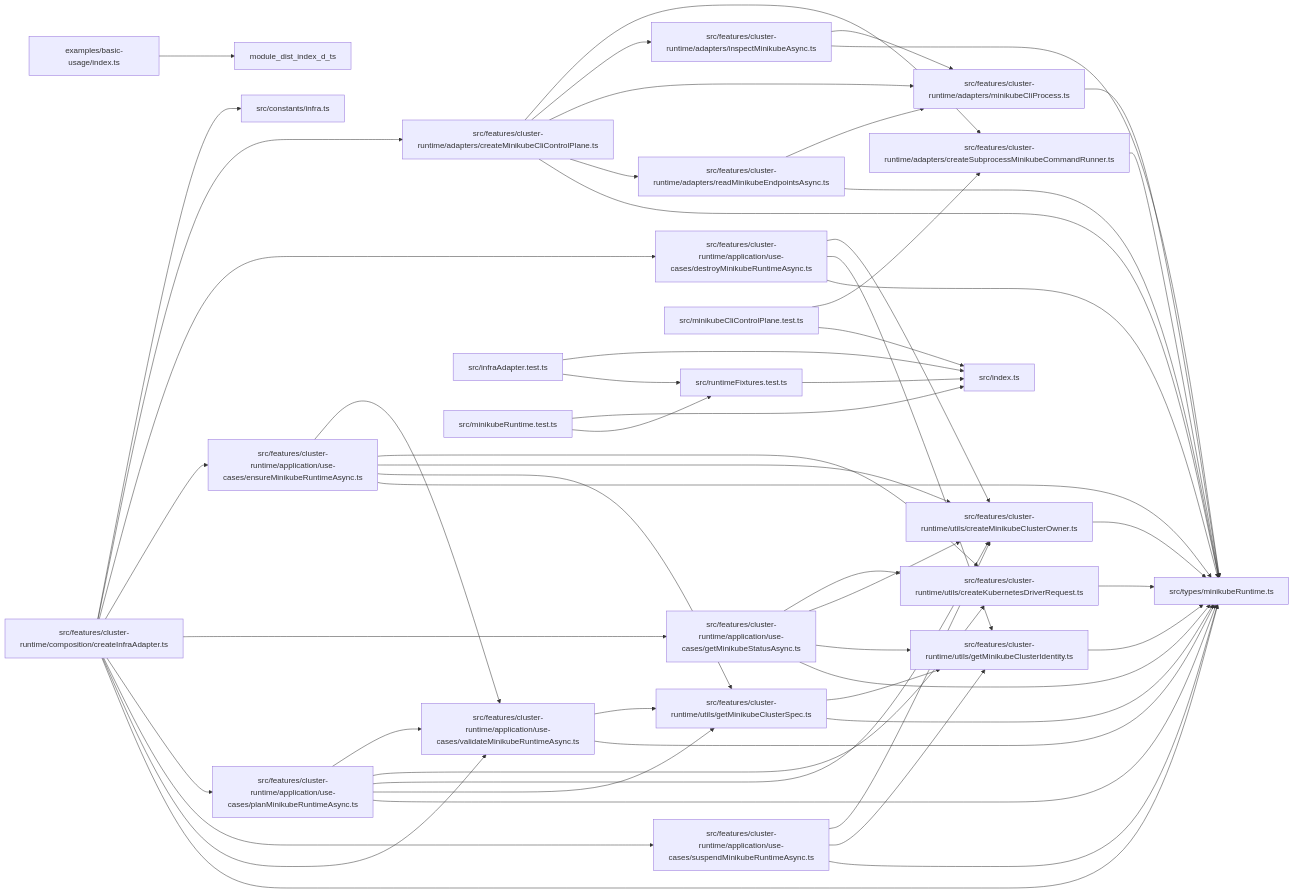
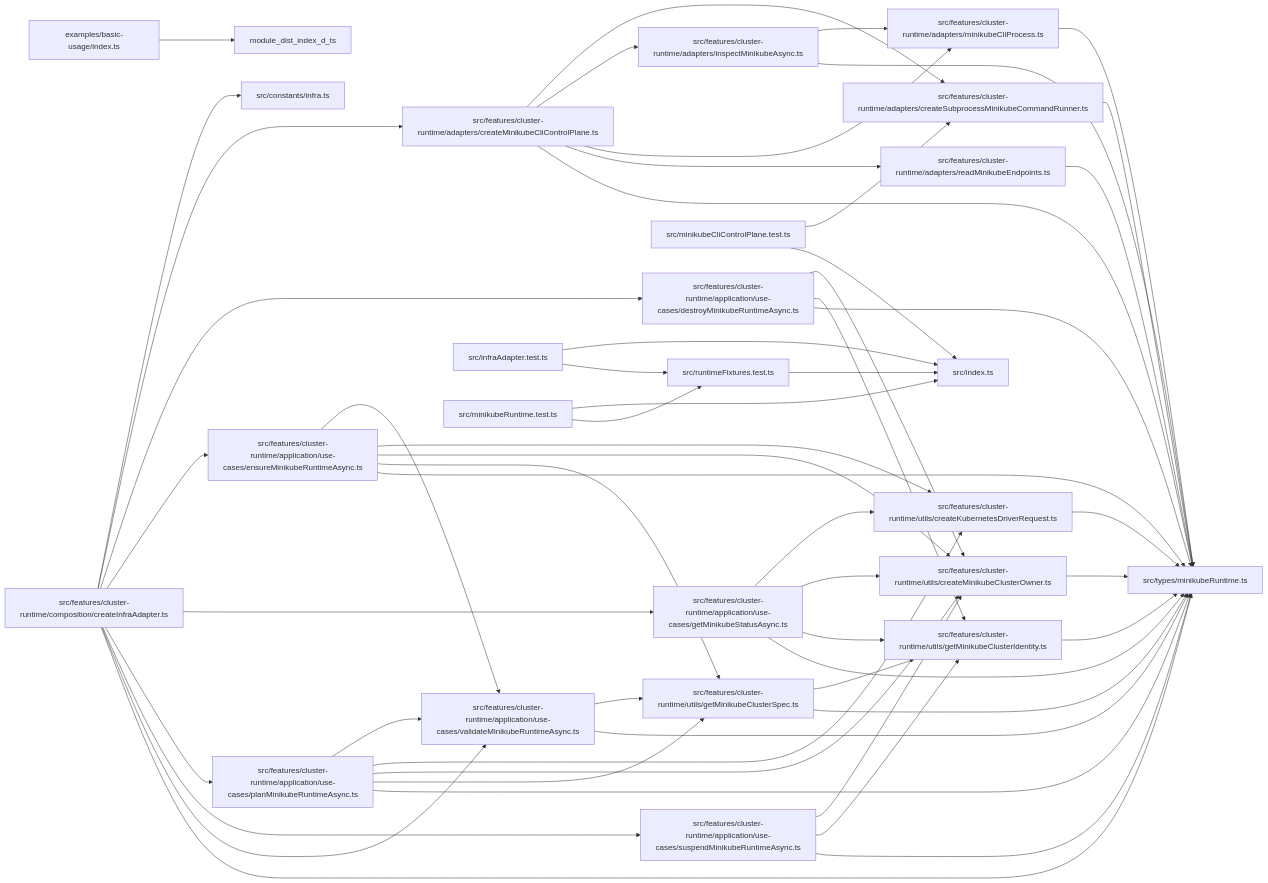
Before and after one commit to ankhorage/minikube: the diagram in paradox/diagrams/module-relationships.mmd, drawn with Mermaid. The commit also changed 20 other files, not shown here.

```diff
--- a/paradox/diagrams/module-relationships.mmd
+++ b/paradox/diagrams/module-relationships.mmd
@@ -1,80 +1,79 @@
 graph LR
   module_examples_basic_usage_index_ts["examples/basic-usage/index.ts"]
   module_src_constants_infra_ts["src/constants/infra.ts"]
   module_src_features_cluster_runtime_adapters_createMinikubeCliControlPlane_ts["src/features/cluster-runtime/adapters/createMinikubeCliControlPlane.ts"]
   module_src_features_cluster_runtime_adapters_createSubprocessMinikubeCommandRunner_ts["src/features/cluster-runtime/adapters/createSubprocessMinikubeCommandRunner.ts"]
   module_src_features_cluster_runtime_adapters_inspectMinikubeAsync_ts["src/features/cluster-runtime/adapters/inspectMinikubeAsync.ts"]
   module_src_features_cluster_runtime_adapters_minikubeCliProcess_ts["src/features/cluster-runtime/adapters/minikubeCliProcess.ts"]
-  module_src_features_cluster_runtime_adapters_readMinikubeEndpointsAsync_ts["src/features/cluster-runtime/adapters/readMinikubeEndpointsAsync.ts"]
+  module_src_features_cluster_runtime_adapters_readMinikubeEndpoints_ts["src/features/cluster-runtime/adapters/readMinikubeEndpoints.ts"]
   module_src_features_cluster_runtime_application_use_cases_destroyMinikubeRuntimeAsync_ts["src/features/cluster-runtime/application/use-cases/destroyMinikubeRuntimeAsync.ts"]
   module_src_features_cluster_runtime_application_use_cases_ensureMinikubeRuntimeAsync_ts["src/features/cluster-runtime/application/use-cases/ensureMinikubeRuntimeAsync.ts"]
   module_src_features_cluster_runtime_application_use_cases_getMinikubeStatusAsync_ts["src/features/cluster-runtime/application/use-cases/getMinikubeStatusAsync.ts"]
   module_src_features_cluster_runtime_application_use_cases_planMinikubeRuntimeAsync_ts["src/features/cluster-runtime/application/use-cases/planMinikubeRuntimeAsync.ts"]
   module_src_features_cluster_runtime_application_use_cases_suspendMinikubeRuntimeAsync_ts["src/features/cluster-runtime/application/use-cases/suspendMinikubeRuntimeAsync.ts"]
   module_src_features_cluster_runtime_application_use_cases_validateMinikubeRuntimeAsync_ts["src/features/cluster-runtime/application/use-cases/validateMinikubeRuntimeAsync.ts"]
   module_src_features_cluster_runtime_composition_createInfraAdapter_ts["src/features/cluster-runtime/composition/createInfraAdapter.ts"]
   module_src_features_cluster_runtime_utils_createKubernetesDriverRequest_ts["src/features/cluster-runtime/utils/createKubernetesDriverRequest.ts"]
   module_src_features_cluster_runtime_utils_createMinikubeClusterOwner_ts["src/features/cluster-runtime/utils/createMinikubeClusterOwner.ts"]
   module_src_features_cluster_runtime_utils_getMinikubeClusterIdentity_ts["src/features/cluster-runtime/utils/getMinikubeClusterIdentity.ts"]
   module_src_features_cluster_runtime_utils_getMinikubeClusterSpec_ts["src/features/cluster-runtime/utils/getMinikubeClusterSpec.ts"]
   module_src_index_ts["src/index.ts"]
   module_src_infraAdapter_test_ts["src/infraAdapter.test.ts"]
   module_src_minikubeCliControlPlane_test_ts["src/minikubeCliControlPlane.test.ts"]
   module_src_minikubeRuntime_test_ts["src/minikubeRuntime.test.ts"]
   module_src_runtimeFixtures_test_ts["src/runtimeFixtures.test.ts"]
   module_src_types_minikubeRuntime_ts["src/types/minikubeRuntime.ts"]
   module_examples_basic_usage_index_ts --> module_dist_index_d_ts
   module_src_features_cluster_runtime_adapters_createMinikubeCliControlPlane_ts --> module_src_features_cluster_runtime_adapters_createSubprocessMinikubeCommandRunner_ts
   module_src_features_cluster_runtime_adapters_createMinikubeCliControlPlane_ts --> module_src_features_cluster_runtime_adapters_inspectMinikubeAsync_ts
   module_src_features_cluster_runtime_adapters_createMinikubeCliControlPlane_ts --> module_src_features_cluster_runtime_adapters_minikubeCliProcess_ts
-  module_src_features_cluster_runtime_adapters_createMinikubeCliControlPlane_ts --> module_src_features_cluster_runtime_adapters_readMinikubeEndpointsAsync_ts
+  module_src_features_cluster_runtime_adapters_createMinikubeCliControlPlane_ts --> module_src_features_cluster_runtime_adapters_readMinikubeEndpoints_ts
   module_src_features_cluster_runtime_adapters_createMinikubeCliControlPlane_ts --> module_src_types_minikubeRuntime_ts
   module_src_features_cluster_runtime_adapters_createSubprocessMinikubeCommandRunner_ts --> module_src_types_minikubeRuntime_ts
   module_src_features_cluster_runtime_adapters_inspectMinikubeAsync_ts --> module_src_features_cluster_runtime_adapters_minikubeCliProcess_ts
   module_src_features_cluster_runtime_adapters_inspectMinikubeAsync_ts --> module_src_types_minikubeRuntime_ts
   module_src_features_cluster_runtime_adapters_minikubeCliProcess_ts --> module_src_types_minikubeRuntime_ts
-  module_src_features_cluster_runtime_adapters_readMinikubeEndpointsAsync_ts --> module_src_features_cluster_runtime_adapters_minikubeCliProcess_ts
-  module_src_features_cluster_runtime_adapters_readMinikubeEndpointsAsync_ts --> module_src_types_minikubeRuntime_ts
+  module_src_features_cluster_runtime_adapters_readMinikubeEndpoints_ts --> module_src_types_minikubeRuntime_ts
   module_src_features_cluster_runtime_application_use_cases_destroyMinikubeRuntimeAsync_ts --> module_src_features_cluster_runtime_utils_createMinikubeClusterOwner_ts
   module_src_features_cluster_runtime_application_use_cases_destroyMinikubeRuntimeAsync_ts --> module_src_features_cluster_runtime_utils_getMinikubeClusterIdentity_ts
   module_src_features_cluster_runtime_application_use_cases_destroyMinikubeRuntimeAsync_ts --> module_src_types_minikubeRuntime_ts
   module_src_features_cluster_runtime_application_use_cases_ensureMinikubeRuntimeAsync_ts --> module_src_features_cluster_runtime_application_use_cases_validateMinikubeRuntimeAsync_ts
   module_src_features_cluster_runtime_application_use_cases_ensureMinikubeRuntimeAsync_ts --> module_src_features_cluster_runtime_utils_createKubernetesDriverRequest_ts
   module_src_features_cluster_runtime_application_use_cases_ensureMinikubeRuntimeAsync_ts --> module_src_features_cluster_runtime_utils_createMinikubeClusterOwner_ts
   module_src_features_cluster_runtime_application_use_cases_ensureMinikubeRuntimeAsync_ts --> module_src_features_cluster_runtime_utils_getMinikubeClusterSpec_ts
   module_src_features_cluster_runtime_application_use_cases_ensureMinikubeRuntimeAsync_ts --> module_src_types_minikubeRuntime_ts
   module_src_features_cluster_runtime_application_use_cases_getMinikubeStatusAsync_ts --> module_src_features_cluster_runtime_utils_createKubernetesDriverRequest_ts
   module_src_features_cluster_runtime_application_use_cases_getMinikubeStatusAsync_ts --> module_src_features_cluster_runtime_utils_createMinikubeClusterOwner_ts
   module_src_features_cluster_runtime_application_use_cases_getMinikubeStatusAsync_ts --> module_src_features_cluster_runtime_utils_getMinikubeClusterIdentity_ts
   module_src_features_cluster_runtime_application_use_cases_getMinikubeStatusAsync_ts --> module_src_types_minikubeRuntime_ts
   module_src_features_cluster_runtime_application_use_cases_planMinikubeRuntimeAsync_ts --> module_src_features_cluster_runtime_application_use_cases_validateMinikubeRuntimeAsync_ts
   module_src_features_cluster_runtime_application_use_cases_planMinikubeRuntimeAsync_ts --> module_src_features_cluster_runtime_utils_createKubernetesDriverRequest_ts
   module_src_features_cluster_runtime_application_use_cases_planMinikubeRuntimeAsync_ts --> module_src_features_cluster_runtime_utils_createMinikubeClusterOwner_ts
   module_src_features_cluster_runtime_application_use_cases_planMinikubeRuntimeAsync_ts --> module_src_features_cluster_runtime_utils_getMinikubeClusterSpec_ts
   module_src_features_cluster_runtime_application_use_cases_planMinikubeRuntimeAsync_ts --> module_src_types_minikubeRuntime_ts
   module_src_features_cluster_runtime_application_use_cases_suspendMinikubeRuntimeAsync_ts --> module_src_features_cluster_runtime_utils_createMinikubeClusterOwner_ts
   module_src_features_cluster_runtime_application_use_cases_suspendMinikubeRuntimeAsync_ts --> module_src_features_cluster_runtime_utils_getMinikubeClusterIdentity_ts
   module_src_features_cluster_runtime_application_use_cases_suspendMinikubeRuntimeAsync_ts --> module_src_types_minikubeRuntime_ts
   module_src_features_cluster_runtime_application_use_cases_validateMinikubeRuntimeAsync_ts --> module_src_features_cluster_runtime_utils_getMinikubeClusterSpec_ts
   module_src_features_cluster_runtime_application_use_cases_validateMinikubeRuntimeAsync_ts --> module_src_types_minikubeRuntime_ts
   module_src_features_cluster_runtime_composition_createInfraAdapter_ts --> module_src_constants_infra_ts
   module_src_features_cluster_runtime_composition_createInfraAdapter_ts --> module_src_features_cluster_runtime_adapters_createMinikubeCliControlPlane_ts
   module_src_features_cluster_runtime_composition_createInfraAdapter_ts --> module_src_features_cluster_runtime_application_use_cases_destroyMinikubeRuntimeAsync_ts
   module_src_features_cluster_runtime_composition_createInfraAdapter_ts --> module_src_features_cluster_runtime_application_use_cases_ensureMinikubeRuntimeAsync_ts
   module_src_features_cluster_runtime_composition_createInfraAdapter_ts --> module_src_features_cluster_runtime_application_use_cases_getMinikubeStatusAsync_ts
   module_src_features_cluster_runtime_composition_createInfraAdapter_ts --> module_src_features_cluster_runtime_application_use_cases_planMinikubeRuntimeAsync_ts
   module_src_features_cluster_runtime_composition_createInfraAdapter_ts --> module_src_features_cluster_runtime_application_use_cases_suspendMinikubeRuntimeAsync_ts
   module_src_features_cluster_runtime_composition_createInfraAdapter_ts --> module_src_features_cluster_runtime_application_use_cases_validateMinikubeRuntimeAsync_ts
   module_src_features_cluster_runtime_composition_createInfraAdapter_ts --> module_src_types_minikubeRuntime_ts
   module_src_features_cluster_runtime_utils_createKubernetesDriverRequest_ts --> module_src_types_minikubeRuntime_ts
   module_src_features_cluster_runtime_utils_createMinikubeClusterOwner_ts --> module_src_types_minikubeRuntime_ts
   module_src_features_cluster_runtime_utils_getMinikubeClusterIdentity_ts --> module_src_types_minikubeRuntime_ts
   module_src_features_cluster_runtime_utils_getMinikubeClusterSpec_ts --> module_src_features_cluster_runtime_utils_getMinikubeClusterIdentity_ts
   module_src_features_cluster_runtime_utils_getMinikubeClusterSpec_ts --> module_src_types_minikubeRuntime_ts
   module_src_infraAdapter_test_ts --> module_src_index_ts
   module_src_infraAdapter_test_ts --> module_src_runtimeFixtures_test_ts
   module_src_minikubeCliControlPlane_test_ts --> module_src_features_cluster_runtime_adapters_createSubprocessMinikubeCommandRunner_ts
   module_src_minikubeCliControlPlane_test_ts --> module_src_index_ts
   module_src_minikubeRuntime_test_ts --> module_src_index_ts
   module_src_minikubeRuntime_test_ts --> module_src_runtimeFixtures_test_ts
   module_src_runtimeFixtures_test_ts --> module_src_index_ts
```
